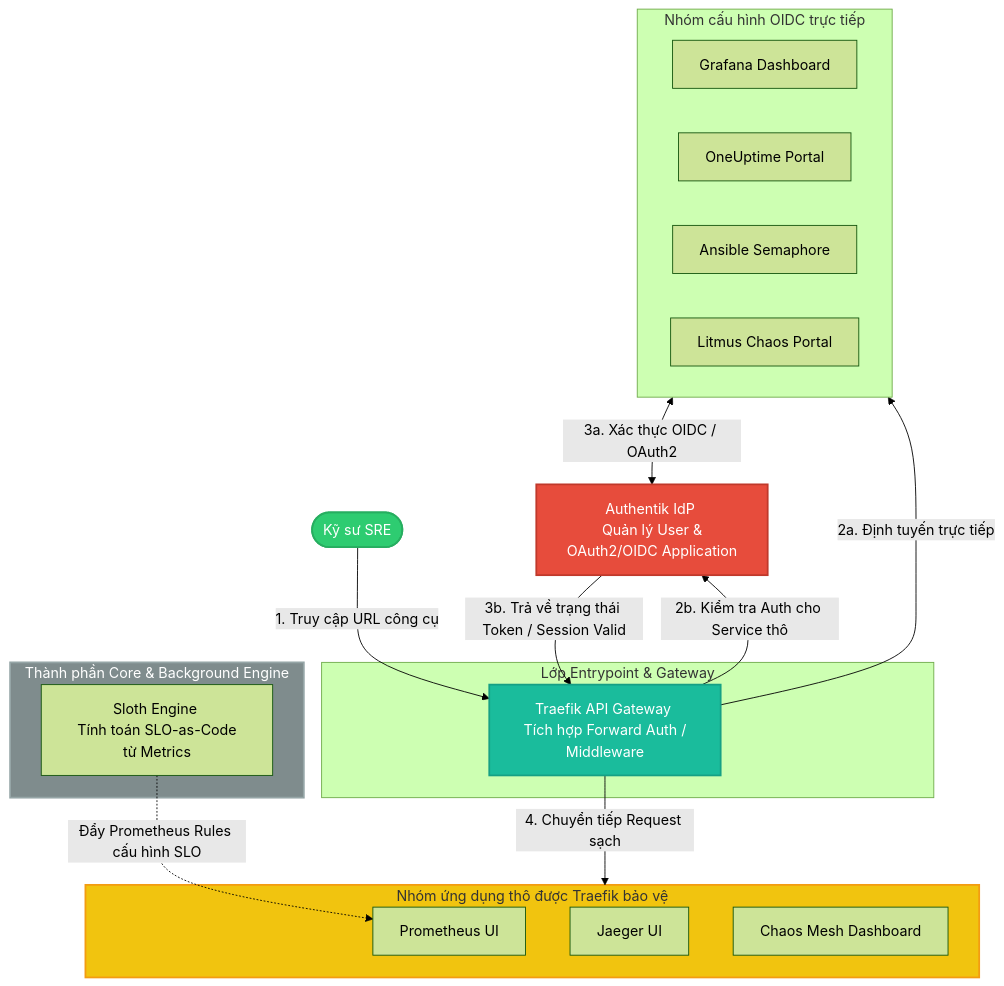
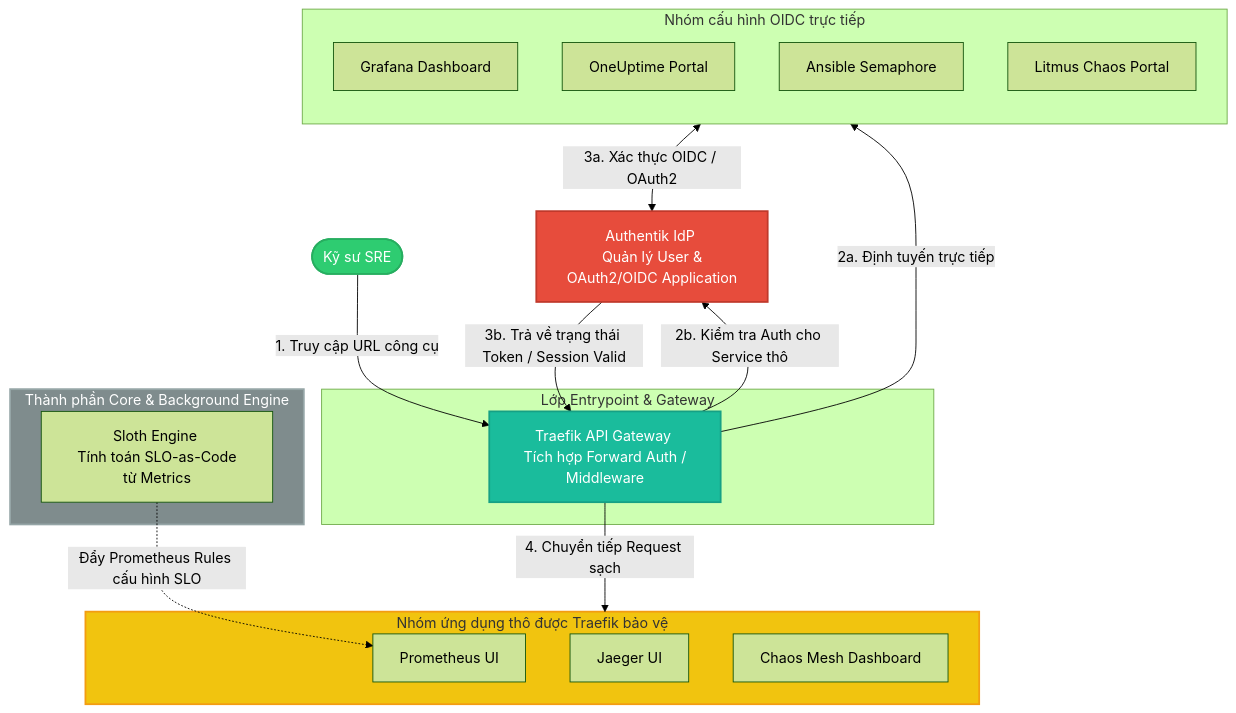
One commit to hinorashi/homecommer changed the second of 4 diagrams in note.md. Above: the diagram before and after it, drawn with Mermaid (forest theme). The commit also changed other lines of this file, not shown here.

````diff
--- a/note.md
+++ b/note.md
@@ -162,53 +163,54 @@
 ```mermaid
 graph TD
     %% Đối tượng quản lý danh tính tập trung
     SRE([Kỹ sư SRE])
     Authentik[Authentik IdP <br> Quản lý User & OAuth2/OIDC Application]
 
     %% Lớp Gateway chặn xác thực tập trung
     subgraph Gateway_Zone ["Lớp Entrypoint & Gateway"]
         Traefik[Traefik API Gateway <br> Tích hợp Forward Auth / Middleware]
     end
 
     %% Nhóm hỗ trợ OIDC/OAuth2 trực tiếp (Native)
     subgraph Native_SSO ["Nhóm cấu hình OIDC trực tiếp"]
+        direction TD
         Grafana[Grafana Dashboard]
         OneUptime[OneUptime Portal]
         Semaphore[Ansible Semaphore]
         Litmus[Litmus Chaos Portal]
     end
 
     %% Nhóm ứng dụng thô (No Auth) được bảo vệ bởi Traefik
     subgraph Protected_Services ["Nhóm ứng dụng thô được Traefik bảo vệ"]
         Prometheus[Prometheus UI]
         Jaeger[Jaeger UI]
         ChaosMesh[Chaos Mesh Dashboard]
     end
 
     %% Thành phần chạy ngầm không có UI (Không cần SSO)
     subgraph Background_Engine ["Thành phần Core & Background Engine"]
         Sloth[Sloth Engine <br> Tính toán SLO-as-Code từ Metrics]
     end
 
     %% Luồng tương tác và xác thực
     SRE -->|1. Truy cập URL công cụ| Traefik
     
     %% Luồng dịch vụ Native SSO
     Traefik -->|2a. Định tuyến trực tiếp| Native_SSO
     Native_SSO <-->|3a. Xác thực OIDC / OAuth2| Authentik
 
     %% Luồng dịch vụ được bảo vệ qua Traefik Forward Auth
     Traefik -->|2b. Kiểm tra Auth cho Service thô| Authentik
     Authentik -->|3b. Trả về trạng thái Token / Session Valid| Traefik
     Traefik -->|4. Chuyển tiếp Request sạch| Protected_Services
 
     %% Luồng dữ liệu ngầm của Sloth
     Sloth -.->|Đẩy Prometheus Rules cấu hình SLO| Prometheus
 
     %% Định dạng màu sắc trực quan
     style SRE fill:#2ecc71,stroke:#27ae60,stroke-width:2px,color:#fff
     style Authentik fill:#e74c3c,stroke:#c0392b,stroke-width:2px,color:#fff
     style Traefik fill:#1abc9c,stroke:#16a085,stroke-width:2px,color:#fff
     style Protected_Services fill:#f1c40f,stroke:#f39c12,stroke-width:2px,color:#333
     style Background_Engine fill:#7f8c8d,stroke:#95a5a6,stroke-width:2px,color:#fff
 ```
````
